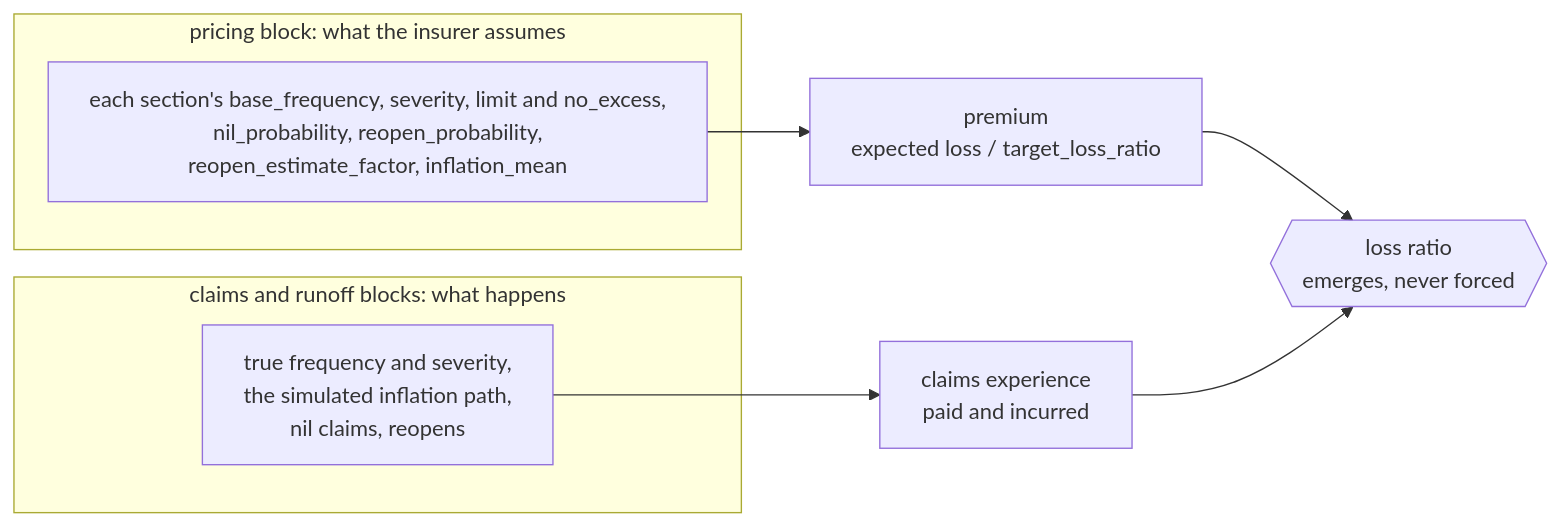
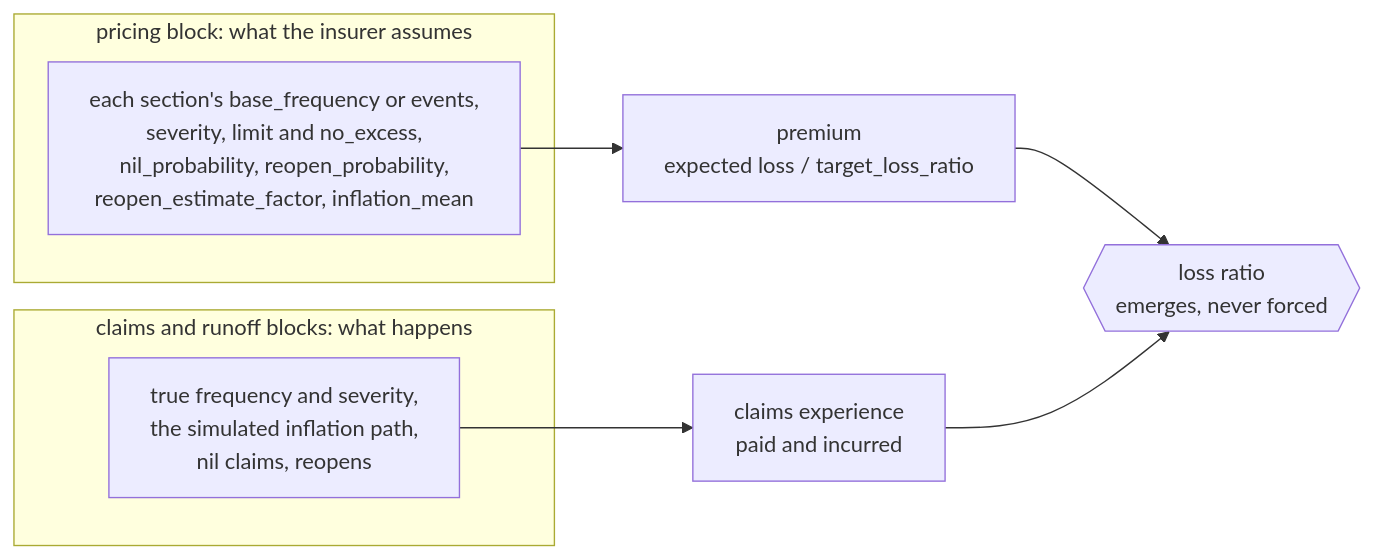
The second of 11 diagrams in README.md (le-marais/claims-data-generator), drawn with Mermaid before and after one commit. The commit also changed other lines of this file and 21 other files, not shown here.

````diff
--- a/README.md
+++ b/README.md
@@ -111,17 +111,17 @@
 ```mermaid
 %%{init: {"flowchart": {"wrappingWidth": 480}}}%%
 flowchart LR
     subgraph assumed["pricing block: what the insurer assumes"]
-        assumptions["each section's base_frequency, severity, limit and no_excess,<br/>nil_probability, reopen_probability,<br/>reopen_estimate_factor, inflation_mean"]
+        assumptions["each section's base_frequency or events,<br/>severity, limit and no_excess,<br/>nil_probability, reopen_probability,<br/>reopen_estimate_factor, inflation_mean"]
     end
     subgraph actual["claims and runoff blocks: what happens"]
         truth["true frequency and severity,<br/>the simulated inflation path,<br/>nil claims, reopens"]
     end
     premium["premium<br/>expected loss / target_loss_ratio"]
     experience["claims experience<br/>paid and incurred"]
     lossRatio{{"loss ratio<br/>emerges, never forced"}}
     assumptions --> premium
     truth --> experience
     premium --> lossRatio
     experience --> lossRatio
 ```
````
